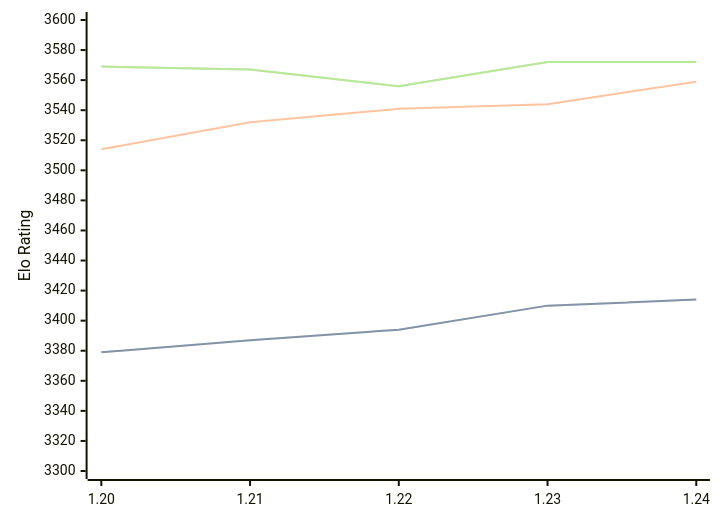
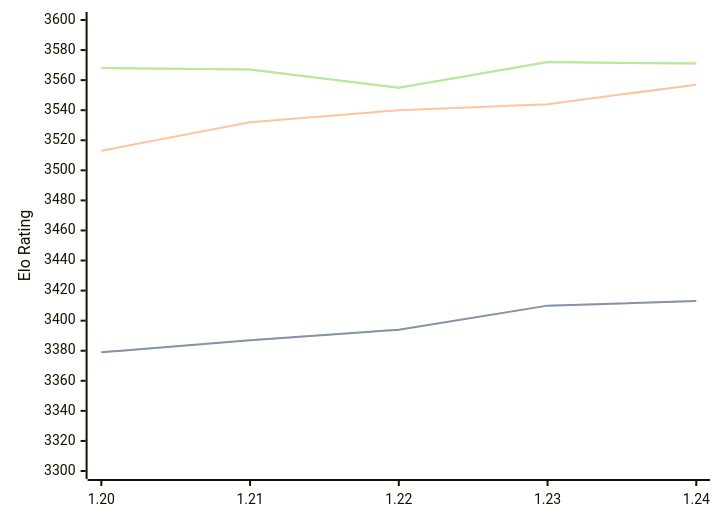
One commit to computer-chess-index/cci changed the diagram in engines/Caissa.md. Above: the diagram before and after it, drawn with Mermaid. The commit also changed other lines of this file, not shown here.

Commit message:
Update CCI Ratings (ELO VLTC) - 2026-03-24

````diff
--- a/engines/Caissa.md
+++ b/engines/Caissa.md
@@ -64,11 +64,11 @@
 ```mermaid
 %%{init: {"theme":"base","themeVariables":{"seriesColors:['#a3a3a3','#222221','#faa371']}}}%%
 xychart-beta
   x-axis ["1.20", "1.21", "1.22", "1.23", "1.24"]
   y-axis "Elo Rating" 3300 --> 3600
-  line "STC (8.0+0.08s)" [3379, 3387, 3394, 3410, 3414]
-  line "STC (8.0+0.08s)" [3379, 3387, 3394, 3410, 3414]
-  line "LTC (60.0+0.60s)" [3514, 3532, 3541, 3544, 3559]
-  line "VLTC (2m24s+1.12s)" [3569, 3567, 3556, 3572, 3572]
-  line "VLTC (2m24s+1.12s)" [3569, 3567, 3556, 3572, 3572]
+  line "STC (8.0+0.08s)" [3379, 3387, 3394, 3410, 3413]
+  line "STC (8.0+0.08s)" [3379, 3387, 3394, 3410, 3413]
+  line "LTC (60.0+0.60s)" [3513, 3532, 3540, 3544, 3557]
+  line "VLTC (2m24s+1.12s)" [3568, 3567, 3555, 3572, 3571]
+  line "VLTC (2m24s+1.12s)" [3568, 3567, 3555, 3572, 3571]
 ```
````
